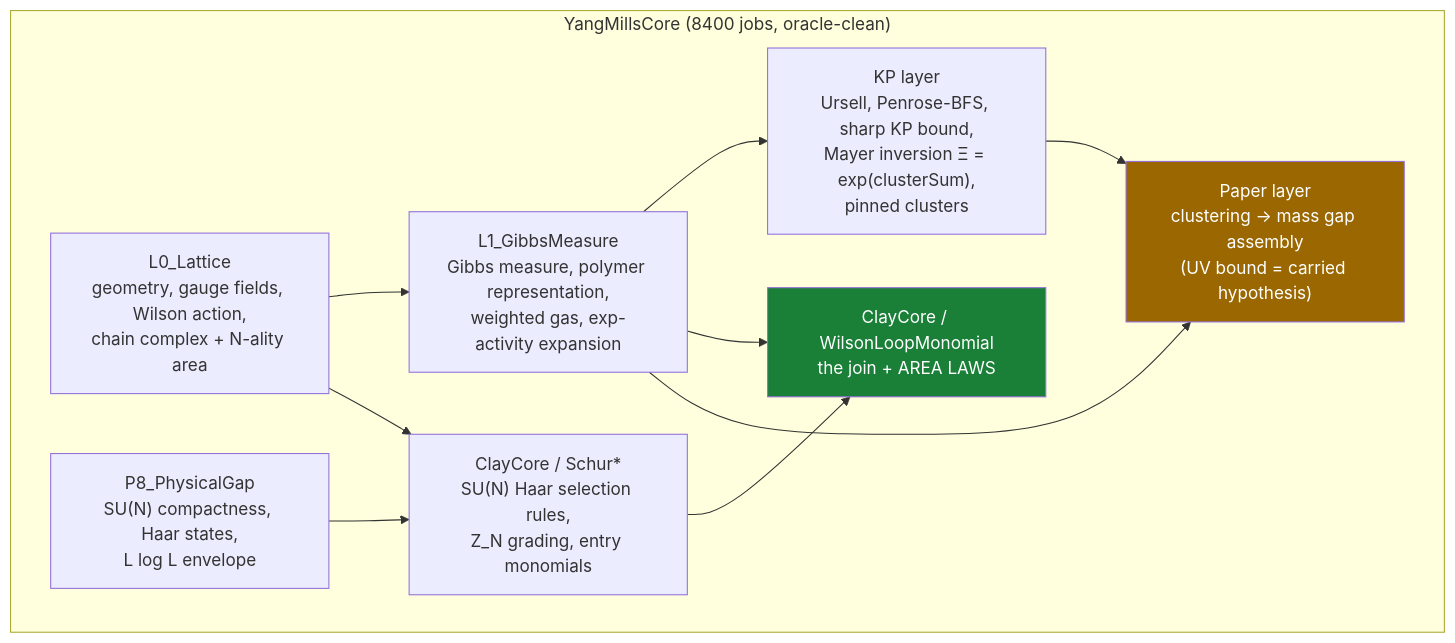
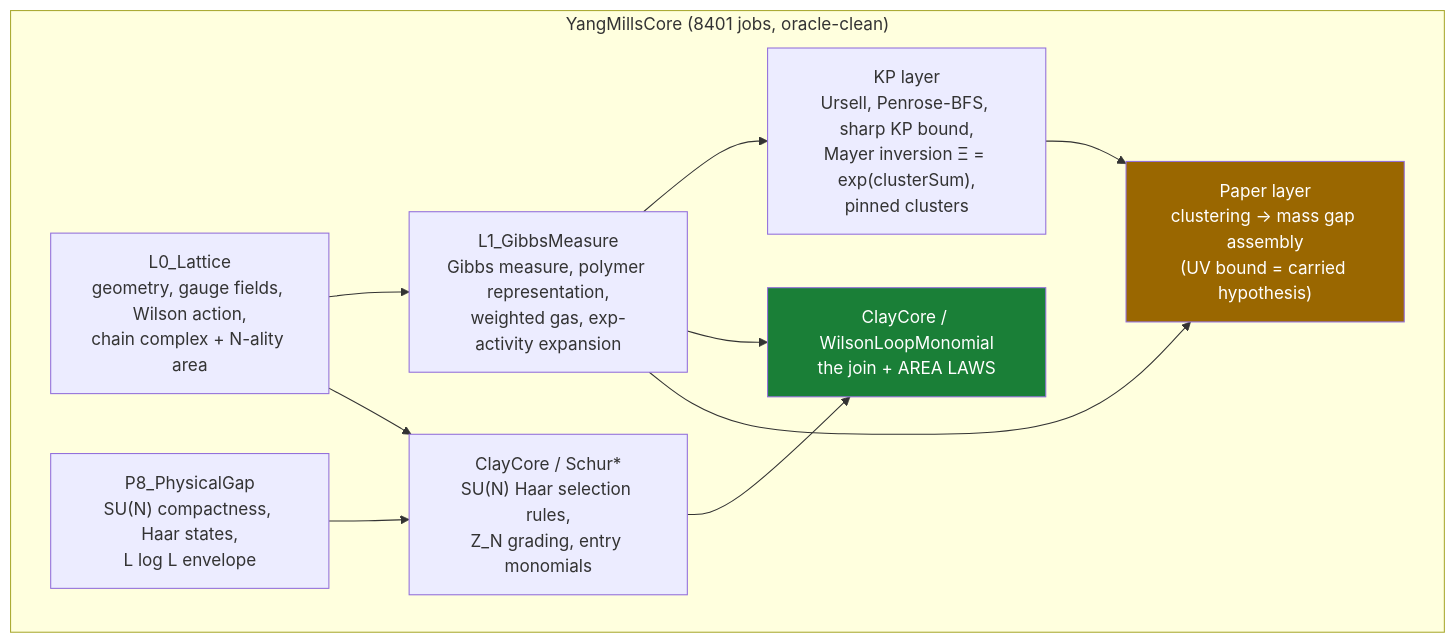
Before and after one commit to lluiseriksson/THE-ERIKSSON-PROGRAMME: the diagram in README.md, drawn with Mermaid. The commit also changed other lines of this file and 12 other files, not shown here.

````diff
--- a/README.md
+++ b/README.md
@@ -363,20 +363,20 @@
 ```mermaid
 graph TD
-    subgraph core["YangMillsCore  (8400 jobs, oracle-clean)"]
+    subgraph core["YangMillsCore  (8401 jobs, oracle-clean)"]
         L0["L0_Lattice<br/>geometry, gauge fields, Wilson action,<br/>chain complex + N-ality area"]
         L1["L1_GibbsMeasure<br/>Gibbs measure, polymer representation,<br/>weighted gas, exp-activity expansion"]
         KP["KP layer<br/>Ursell, Penrose-BFS, sharp KP bound,<br/>Mayer inversion Ξ = exp(clusterSum),<br/>pinned clusters"]
         SCHUR["ClayCore / Schur*<br/>SU(N) Haar selection rules,<br/>Z_N grading, entry monomials"]
         WLM["ClayCore / WilsonLoopMonomial<br/>the join + AREA LAWS"]
         PAPER["Paper layer<br/>clustering → mass gap assembly<br/>(UV bound = carried hypothesis)"]
         P8["P8_PhysicalGap<br/>SU(N) compactness, Haar states,<br/>L log L envelope"]
     end
     L0 --> L1 --> KP
     L0 --> SCHUR --> WLM
     L1 --> WLM
     L1 --> PAPER
     KP --> PAPER
     P8 --> SCHUR
     style WLM fill:#1a7f37,color:#fff
     style PAPER fill:#9a6700,color:#fff
 ```
````
